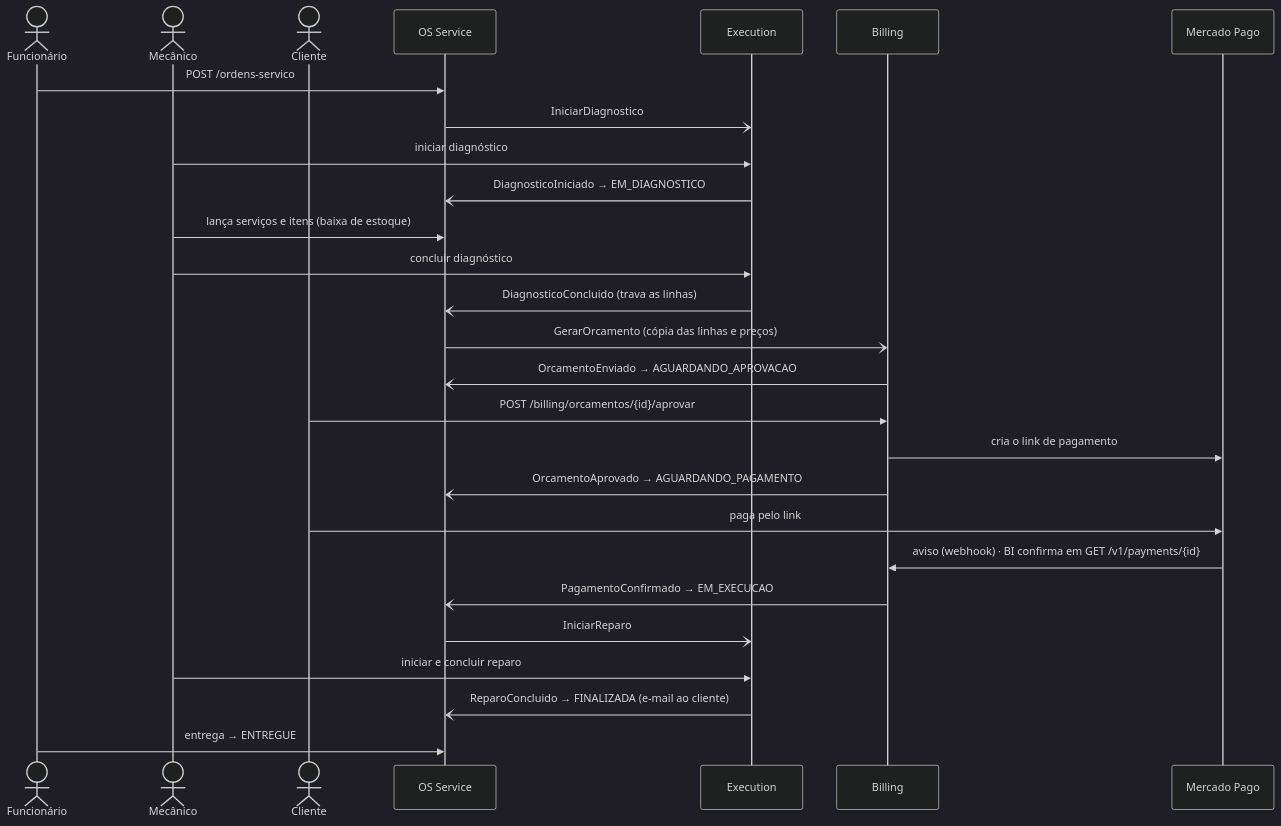
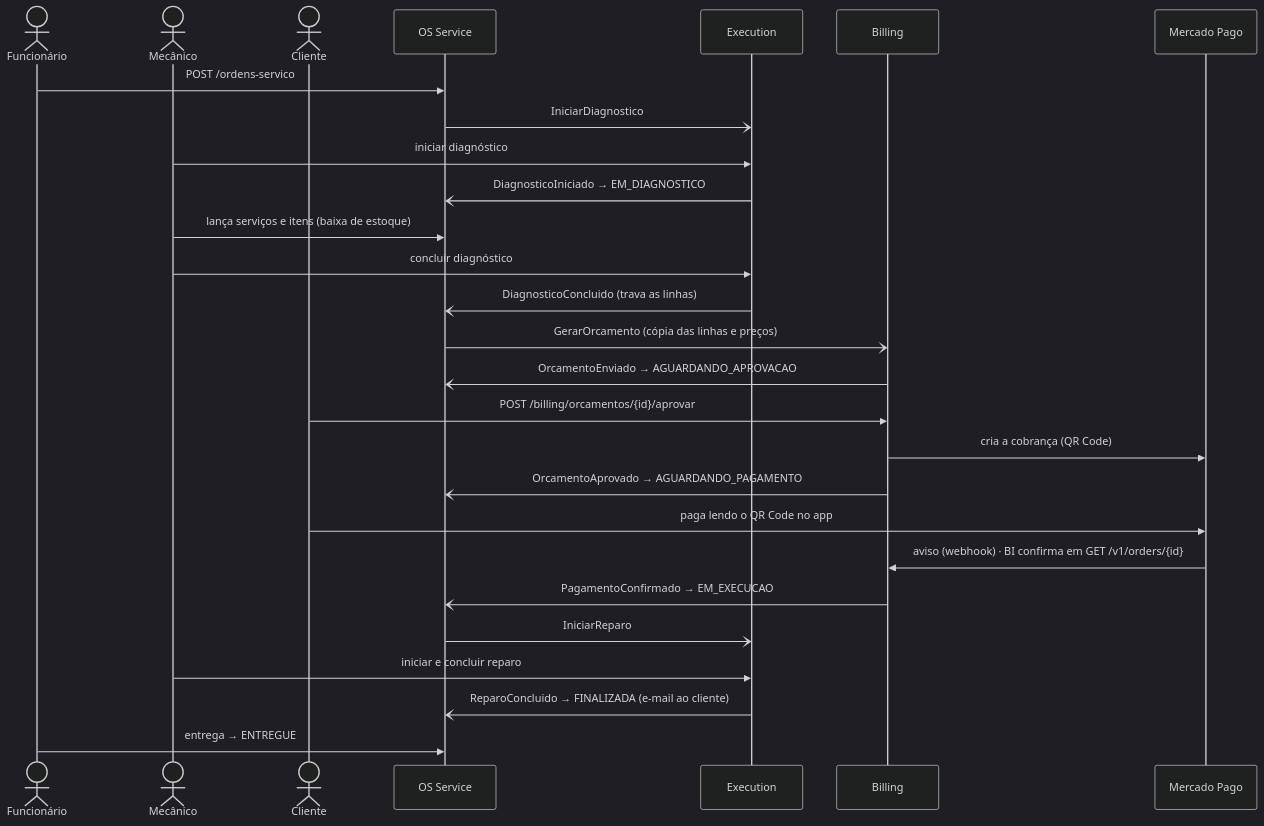
One commit to LucasValada/tech-challenge-fiap changed the third of 11 diagrams in README.md. Above: the diagram before and after it, drawn with Mermaid (dark theme). The commit also changed other lines of this file and 13 other files, not shown here.

First line of the commit message:
Contratos v1.2: pagamento pelo QR Code dinâmico do Mercado Pago

````diff
--- a/README.md
+++ b/README.md
@@ -166,30 +166,30 @@
 ```mermaid
 sequenceDiagram
     actor F as Funcionário
     actor M as Mecânico
     actor C as Cliente
     participant OS as OS Service
     participant EX as Execution
     participant BI as Billing
     participant MP as Mercado Pago
 
     F->>OS: POST /ordens-servico
     OS-)EX: IniciarDiagnostico
     M->>EX: iniciar diagnóstico
     EX-)OS: DiagnosticoIniciado → EM_DIAGNOSTICO
     M->>OS: lança serviços e itens (baixa de estoque)
     M->>EX: concluir diagnóstico
     EX-)OS: DiagnosticoConcluido (trava as linhas)
     OS-)BI: GerarOrcamento (cópia das linhas e preços)
     BI-)OS: OrcamentoEnviado → AGUARDANDO_APROVACAO
     C->>BI: POST /billing/orcamentos/{id}/aprovar
-    BI->>MP: cria o link de pagamento
+    BI->>MP: cria a cobrança (QR Code)
     BI-)OS: OrcamentoAprovado → AGUARDANDO_PAGAMENTO
-    C->>MP: paga pelo link
-    MP->>BI: aviso (webhook) · BI confirma em GET /v1/payments/{id}
+    C->>MP: paga lendo o QR Code no app
+    MP->>BI: aviso (webhook) · BI confirma em GET /v1/orders/{id}
     BI-)OS: PagamentoConfirmado → EM_EXECUCAO
     OS-)EX: IniciarReparo
     M->>EX: iniciar e concluir reparo
     EX-)OS: ReparoConcluido → FINALIZADA (e-mail ao cliente)
     F->>OS: entrega → ENTREGUE
 ```
````
